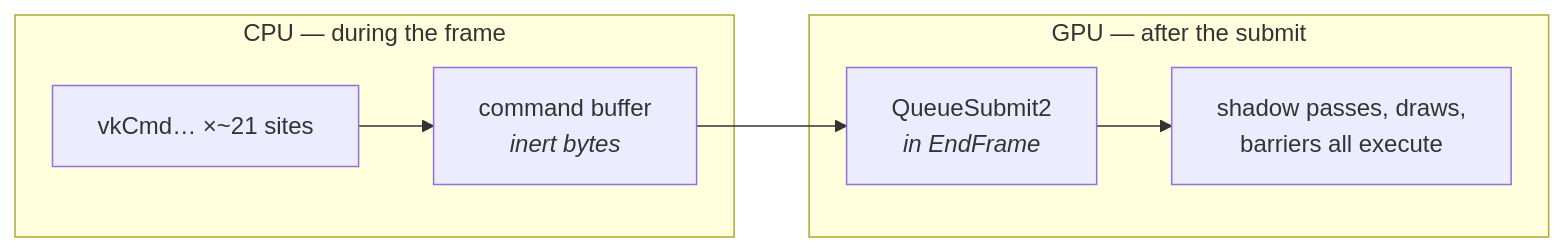
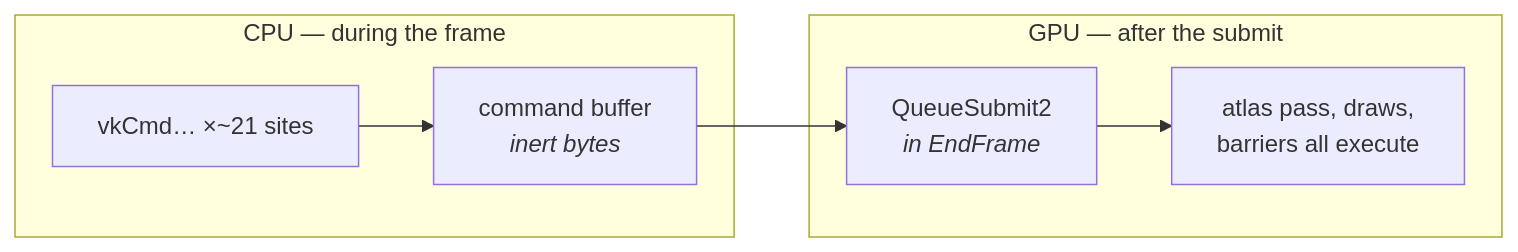
The fifth of 5 diagrams in notes/OVERVIEW.md (Zephyr75/overdrive), drawn with Mermaid before and after one commit. The commit also changed other lines of this file and 26 other files, not shown here.

Commit message:
Setup shadow atlas

````diff
--- a/notes/OVERVIEW.md
+++ b/notes/OVERVIEW.md
@@ -217,10 +228,10 @@
 ```mermaid
 graph LR
     subgraph CPU["CPU — during the frame"]
         R1["vkCmd… ×~21 sites"] --> R2["command buffer<br/><i>inert bytes</i>"]
     end
     R2 --> SUB["QueueSubmit2<br/><i>in EndFrame</i>"]
     subgraph GPU["GPU — after the submit"]
-        SUB --> EX["shadow passes, draws,<br/>barriers all execute"]
+        SUB --> EX["atlas pass, draws,<br/>barriers all execute"]
     end
 ```
````
